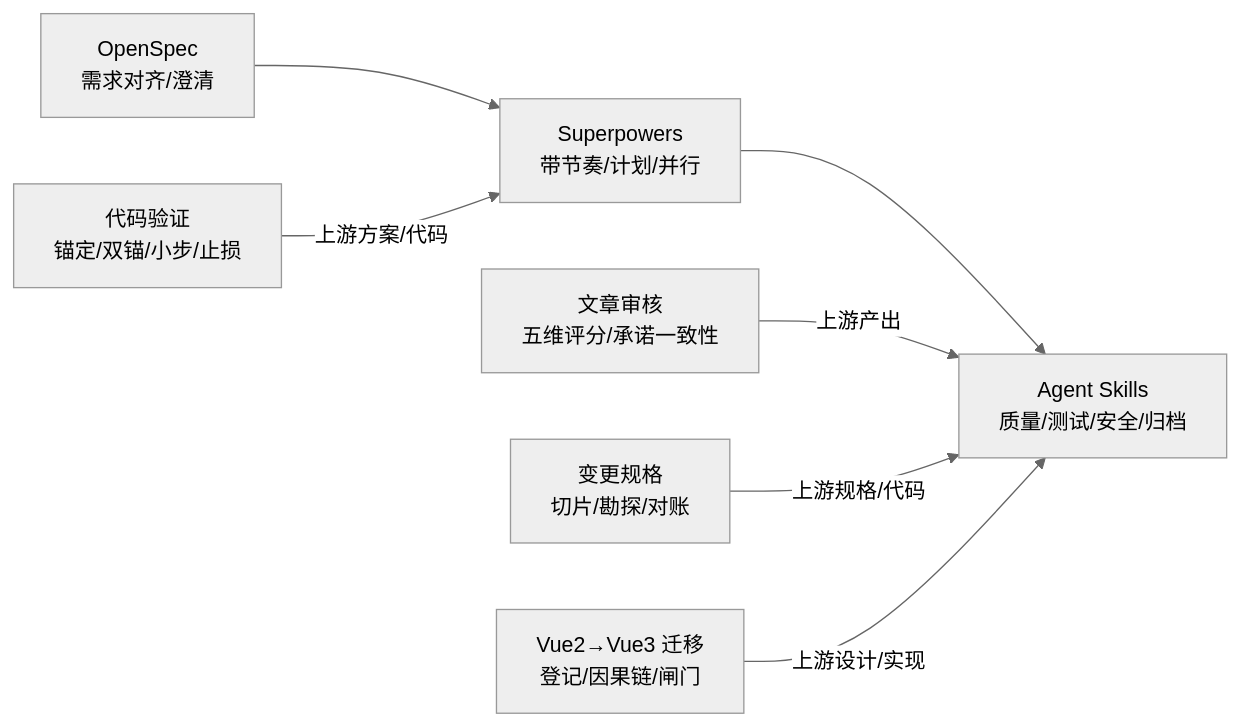
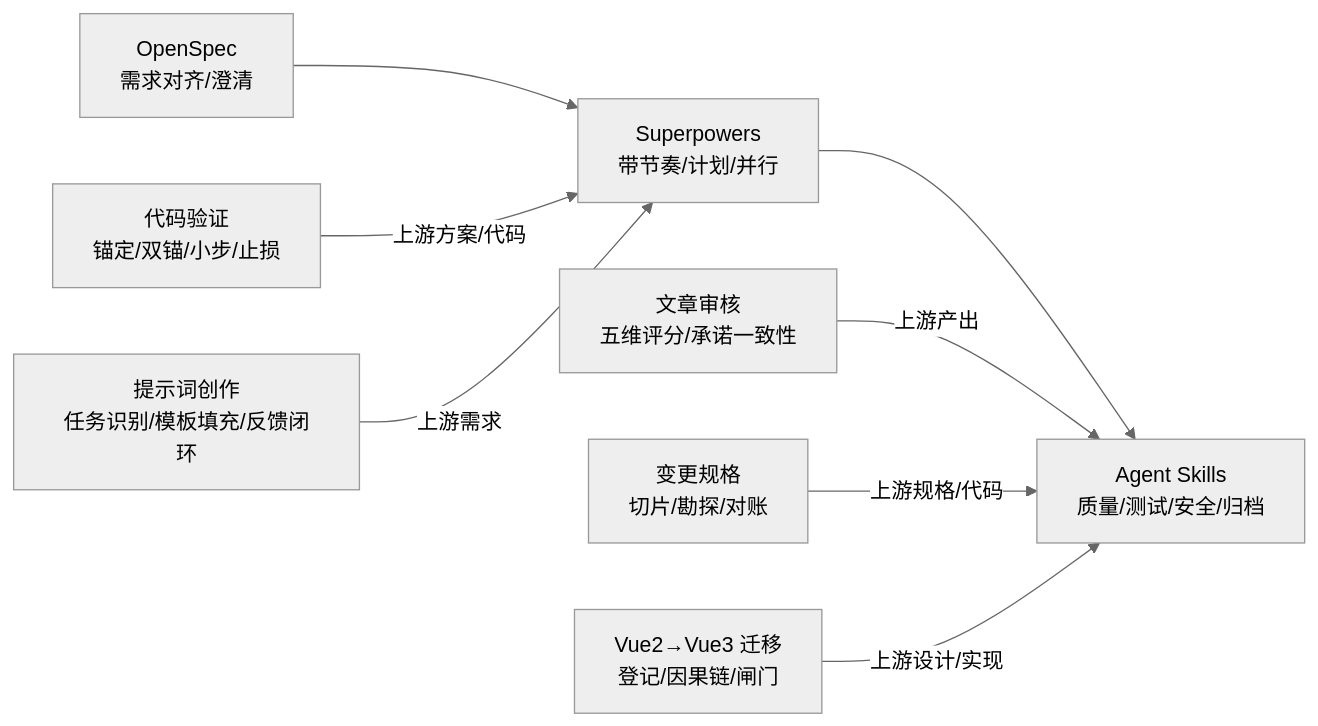
Before and after one commit to yangmeishux/frontend-team-marketplace: the second of 9 diagrams in .qoder/repowiki/zh/content/现有技能示例/现有技能示例.md, drawn with Mermaid (neutral theme). The commit also changed other lines of this file and 6 other files, not shown here.

````diff
--- a/.qoder/repowiki/zh/content/现有技能示例/现有技能示例.md
+++ b/.qoder/repowiki/zh/content/现有技能示例/现有技能示例.md
@@ -99,9 +113,10 @@
 ```mermaid
 graph LR
 OP["OpenSpec<br/>需求对齐/澄清"] --> SP["Superpowers<br/>带节奏/计划/并行"]
 SP --> AS["Agent Skills<br/>质量/测试/安全/归档"]
 AR["文章审核<br/>五维评分/承诺一致性"] --> |上游产出| AS
 CV["代码验证<br/>锚定/双锚/小步/止损"] --> |上游方案/代码| SP
 CSW["变更规格<br/>切片/勘探/对账"] --> |上游规格/代码| AS
 VM["Vue2→Vue3 迁移<br/>登记/因果链/闸门"] --> |上游设计/实现| AS
+PC["提示词创作<br/>任务识别/模板填充/反馈闭环"] --> |上游需求| SP
 ```
````
